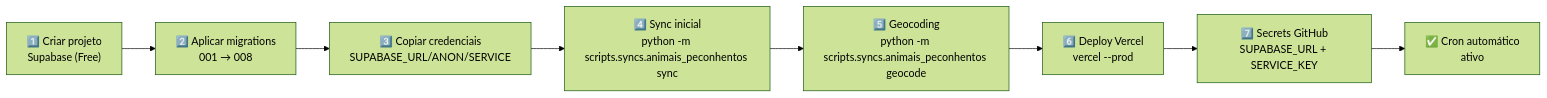
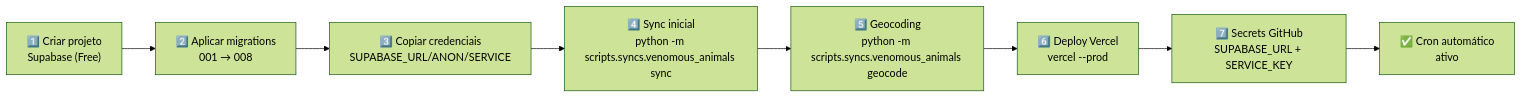
One commit to Codar-Sistemas/hospitais-referencia-api changed the fifth of 5 diagrams in README.md. Above: the diagram before and after it, drawn with Mermaid (forest theme). The commit also changed other lines of this file and 17 other files, not shown here.

````diff
--- a/README.md
+++ b/README.md
@@ -530,10 +530,10 @@
 ```mermaid
 graph LR
     A["1️⃣ Criar projeto<br/>Supabase (Free)"] --> B["2️⃣ Aplicar migrations<br/>001 → 008"]
     B --> C["3️⃣ Copiar credenciais<br/>SUPABASE_URL/ANON/SERVICE"]
-    C --> D["4️⃣ Sync inicial<br/>python -m scripts.syncs.animais_peconhentos sync"]
-    D --> E["5️⃣ Geocoding<br/>python -m scripts.syncs.animais_peconhentos geocode"]
+    C --> D["4️⃣ Sync inicial<br/>python -m scripts.syncs.venomous_animals sync"]
+    D --> E["5️⃣ Geocoding<br/>python -m scripts.syncs.venomous_animals geocode"]
     E --> F["6️⃣ Deploy Vercel<br/>vercel --prod"]
     F --> G["7️⃣ Secrets GitHub<br/>SUPABASE_URL + SERVICE_KEY"]
     G --> H["✅ Cron automático<br/>ativo"]
 ```
````
